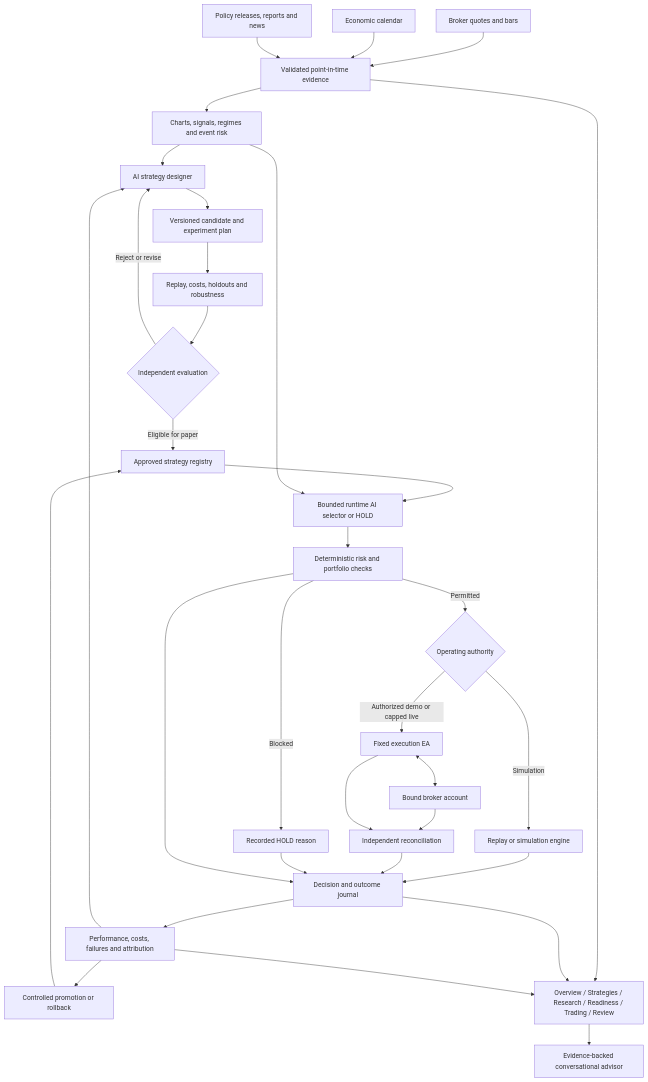
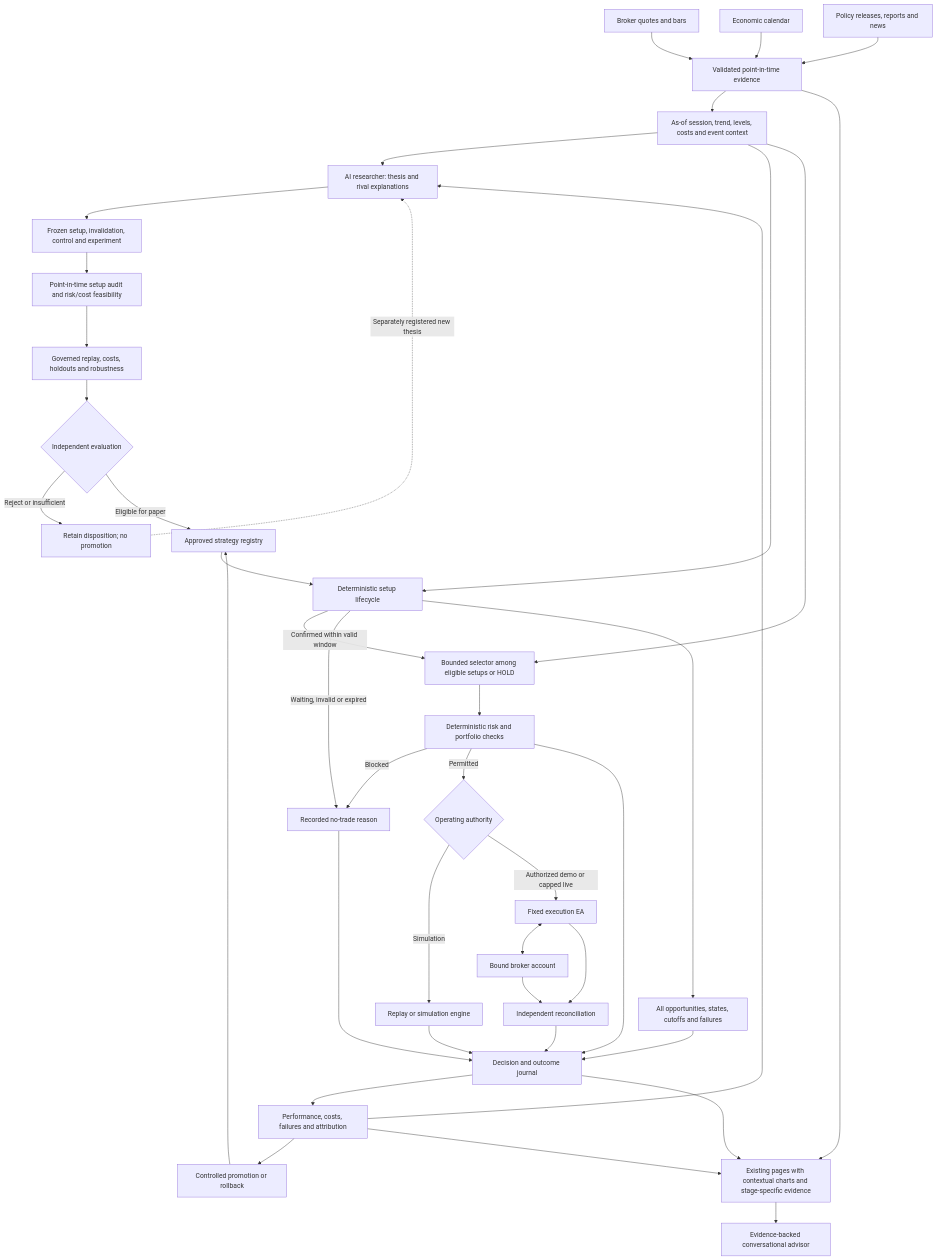
One commit to arthurcui/fx-talanta changed the diagram in docs/architecture/trading-lifecycle.md. Above: the diagram before and after it, drawn with Mermaid. The commit also changed other lines of this file and 9 other files, not shown here.

Commit message:
Refocus roadmap on observable setups and economic decisions

````diff
--- a/docs/architecture/trading-lifecycle.md
+++ b/docs/architecture/trading-lifecycle.md
@@ -7,35 +14,42 @@
 ```mermaid
 flowchart TD
     Quotes[Broker quotes and bars] --> Data[Validated point-in-time evidence]
     Calendar[Economic calendar] --> Data
     Reports[Policy releases, reports and news] --> Data
-    Data --> Features[Charts, signals, regimes and event risk]
-    Features --> Designer[AI strategy designer]
-    Designer --> Candidate[Versioned candidate and experiment plan]
-    Candidate --> Backtest[Replay, costs, holdouts and robustness]
+    Data --> Context[As-of session, trend, levels, costs and event context]
+    Context --> Designer[AI researcher: thesis and rival explanations]
+    Designer --> Candidate[Frozen setup, invalidation, control and experiment]
+    Candidate --> Feasibility[Point-in-time setup audit and risk/cost feasibility]
+    Feasibility --> Backtest[Governed replay, costs, holdouts and robustness]
     Backtest --> Verdict{Independent evaluation}
-    Verdict -- Reject or revise --> Designer
+    Verdict -- Reject or insufficient --> Archive[Retain disposition; no promotion]
+    Archive -. Separately registered new thesis .-> Designer
     Verdict -- Eligible for paper --> Registry[Approved strategy registry]
-    Registry --> Selector[Bounded runtime AI selector or HOLD]
-    Features --> Selector
+    Registry --> Setup[Deterministic setup lifecycle]
+    Context --> Setup
+    Setup -- Confirmed within valid window --> Selector[Bounded selector among eligible setups or HOLD]
+    Setup -- Waiting, invalid or expired --> Hold[Recorded no-trade reason]
+    Context --> Selector
     Selector --> Risk[Deterministic risk and portfolio checks]
-    Risk -- Blocked --> Hold[Recorded HOLD reason]
+    Risk -- Blocked --> Hold
     Risk -- Permitted --> Authority{Operating authority}
     Authority -- Simulation --> Simulator[Replay or simulation engine]
     Authority -- Authorized demo or capped live --> EA[Fixed execution EA]
     EA <--> Broker[Bound broker account]
     Broker --> Reconcile[Independent reconciliation]
     EA --> Reconcile
     Simulator --> Journal[Decision and outcome journal]
     Reconcile --> Journal
     Hold --> Journal
     Risk --> Journal
     Journal --> Review[Performance, costs, failures and attribution]
     Review --> Designer
     Review --> Promotion[Controlled promotion or rollback]
     Promotion --> Registry
-    Data --> UI[Overview / Strategies / Research / Readiness / Trading / Review]
+    Setup --> Opportunities[All opportunities, states, cutoffs and failures]
+    Opportunities --> Journal
+    Data --> UI[Existing pages with contextual charts and stage-specific evidence]
     Journal --> UI
     Review --> UI
     UI --> Advisor[Evidence-backed conversational advisor]
 ```
````
